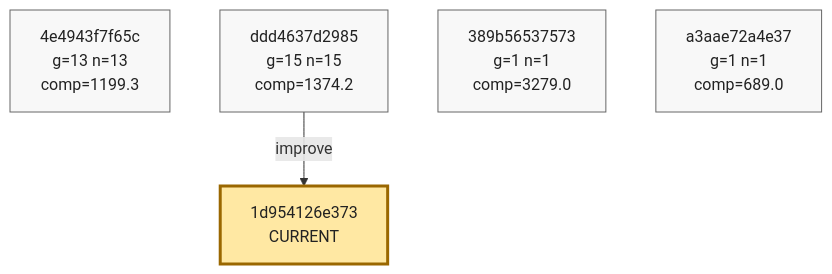
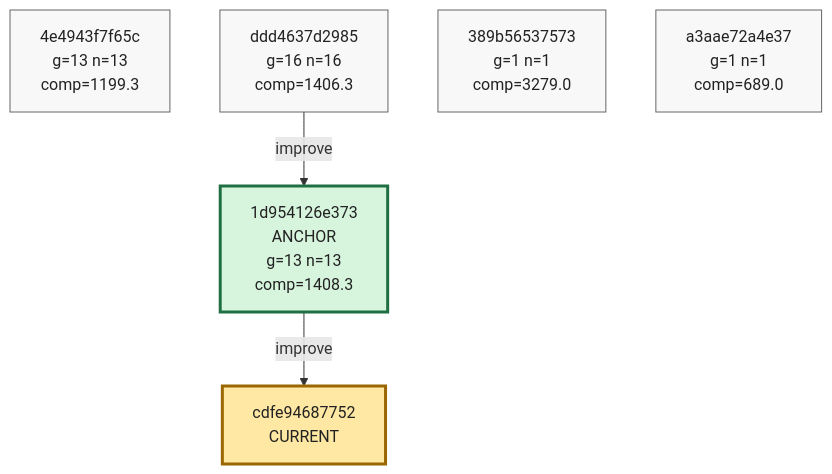
The ninth of 9 diagrams in phyrogenetic-tree.md (azumag/soviet_now), drawn with Mermaid before and after one commit. The commit also changed other lines of this file and 2 other files, not shown here.

Commit message:
eloop Improve after 12 games (scores: 1253 1745 1169 2473 1541 1665 1044 1830 1180 2054 986 1686)

````diff
--- a/phyrogenetic-tree.md
+++ b/phyrogenetic-tree.md
@@ -2234,21 +2234,24 @@
 ```mermaid
 flowchart TD
     h_4e4943f7f65c["4e4943f7f65c<br/>g=13 n=13<br/>comp=1199.3"]
-    h_ddd4637d2985["ddd4637d2985<br/>g=15 n=15<br/>comp=1374.2"]
+    h_ddd4637d2985["ddd4637d2985<br/>g=16 n=16<br/>comp=1406.3"]
+    h_1d954126e373["1d954126e373<br/>ANCHOR<br/>g=13 n=13<br/>comp=1408.3"]
     h_389b56537573["389b56537573<br/>g=1 n=1<br/>comp=3279.0"]
     h_a3aae72a4e37["a3aae72a4e37<br/>g=1 n=1<br/>comp=689.0"]
-    h_1d954126e373["1d954126e373<br/>CURRENT"]
+    h_cdfe94687752["cdfe94687752<br/>CURRENT"]
 
     h_ddd4637d2985 -->|improve| h_1d954126e373
+    h_1d954126e373 -->|improve| h_cdfe94687752
 
     classDef plain fill:#f8f8f8,stroke:#666,stroke-width:1px,color:#222;
     classDef current fill:#ffe8a3,stroke:#9a6700,stroke-width:3px,color:#222;
     classDef anchor fill:#d7f5dd,stroke:#1f6f43,stroke-width:3px,color:#222;
     classDef current_anchor fill:#f3e4a8,stroke:#1f6f43,stroke-width:4px,color:#222;
 
     class h_4e4943f7f65c plain;
     class h_ddd4637d2985 plain;
+    class h_1d954126e373 anchor;
     class h_389b56537573 plain;
     class h_a3aae72a4e37 plain;
-    class h_1d954126e373 current;
+    class h_cdfe94687752 current;
 ```
````
